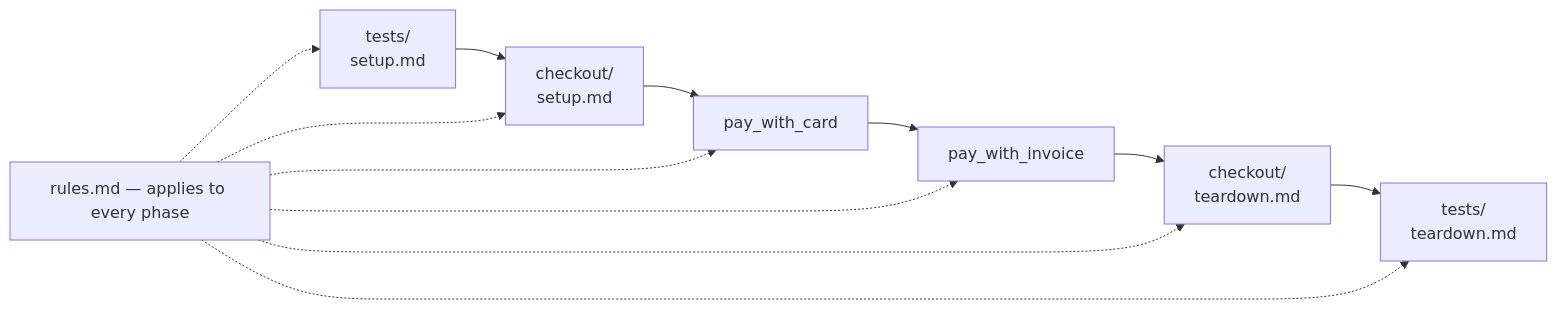
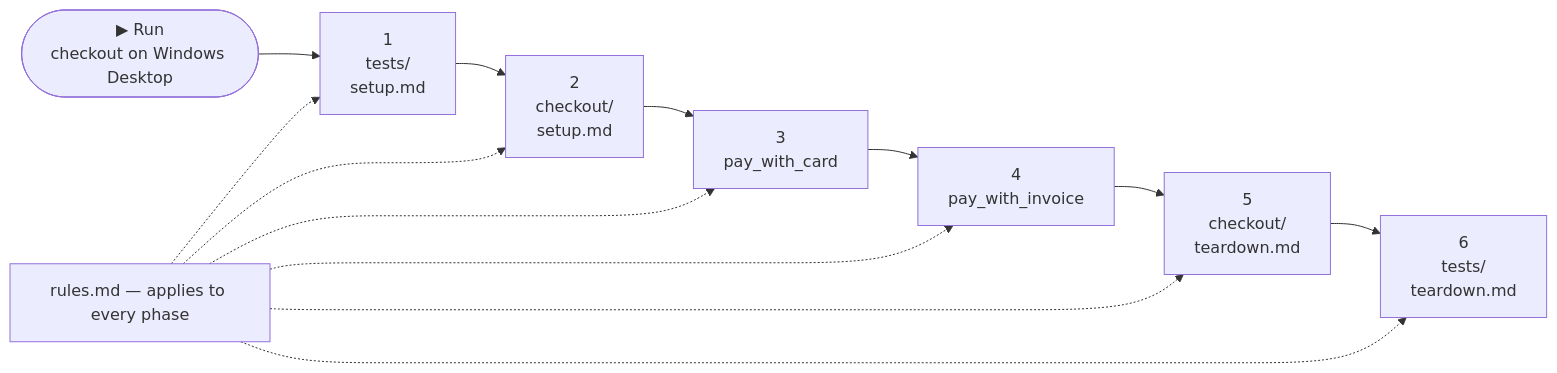
One commit to askui/docs-rewrite changed the diagram in content/docs/writing-tests/index.mdx. Above: the diagram before and after it, drawn with Mermaid. The commit also changed other lines of this file and 2 other files, not shown here.

First line of the commit message:
docs(test-cases): structure-first page order, run-card chain diagram, concept headlines

````diff
--- a/content/docs/writing-tests/index.mdx
+++ b/content/docs/writing-tests/index.mdx
@@ -102,5 +82,6 @@
 ```mermaid
 flowchart LR
-  A[tests/<br/>setup.md] --> B[checkout/<br/>setup.md] --> C[pay_with_card] --> D[pay_with_invoice] --> E[checkout/<br/>teardown.md] --> F[tests/<br/>teardown.md]
+  RUN([▶ Run<br/>checkout on Windows Desktop]) --> A
+  A[1<br/>tests/<br/>setup.md] --> B[2<br/>checkout/<br/>setup.md] --> C[3<br/>pay_with_card] --> D[4<br/>pay_with_invoice] --> E[5<br/>checkout/<br/>teardown.md] --> F[6<br/>tests/<br/>teardown.md]
   R[rules.md — applies to every phase] -.-> A & B & C & D & E & F
 ```
````
